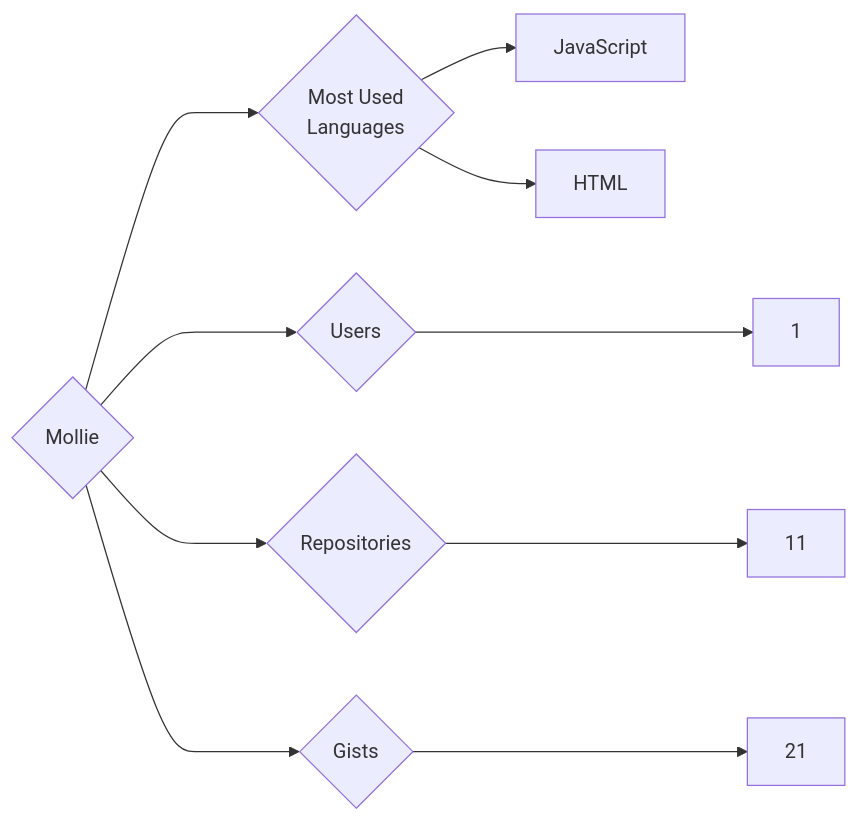
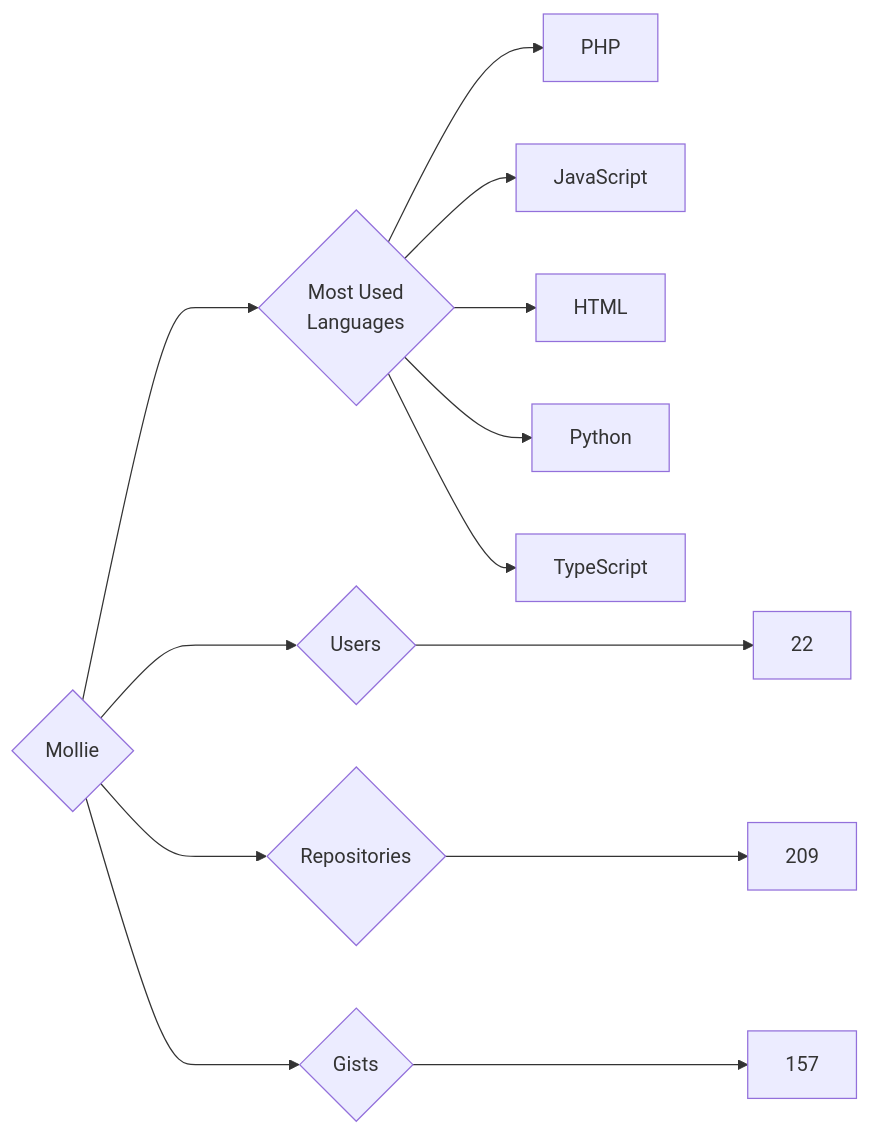
Before and after one commit to trickest/insiders: the diagram in targets/Mollie/README.md, drawn with Mermaid. The commit also changed 748 other files, not shown here.

````diff
--- a/targets/Mollie/README.md
+++ b/targets/Mollie/README.md
@@ -3,10 +3,13 @@
 ```mermaid
 graph LR
 COMPANY_NAME{Mollie}
-COMPANY_NAME ---> U{Users} ---> UN[1]
-COMPANY_NAME ---> R{Repositories} ---> RN[11]
-COMPANY_NAME ---> G{Gists} ---> GN[21]
+COMPANY_NAME ---> U{Users} ---> UN[22]
+COMPANY_NAME ---> R{Repositories} ---> RN[209]
+COMPANY_NAME ---> G{Gists} ---> GN[157]
 COMPANY_NAME ---> ML{Most Used<br>Languages}
+ML --> PHP[PHP]
 ML --> JavaScript[JavaScript]
 ML --> HTML[HTML]
+ML --> Python[Python]
+ML --> TypeScript[TypeScript]
 ```
````
